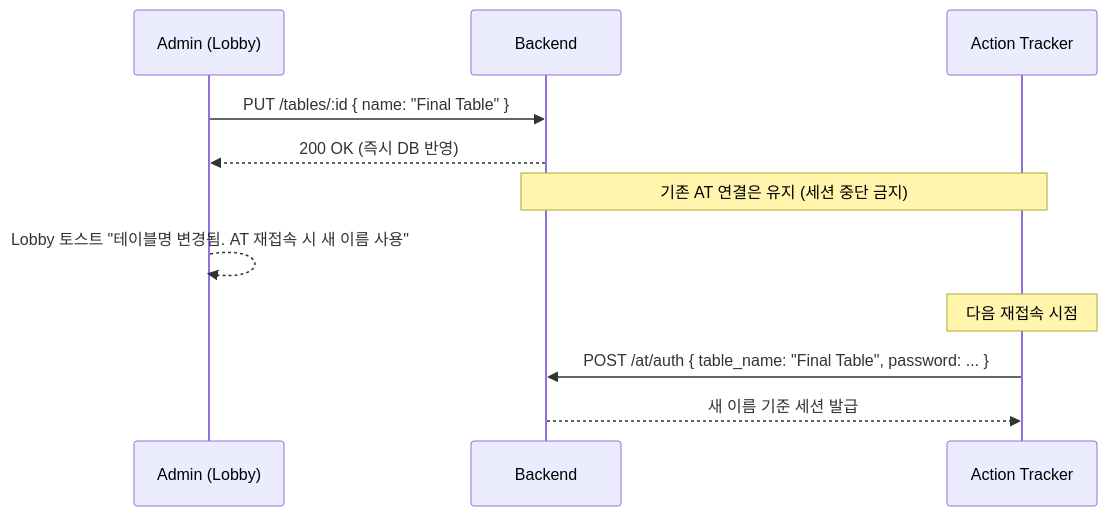
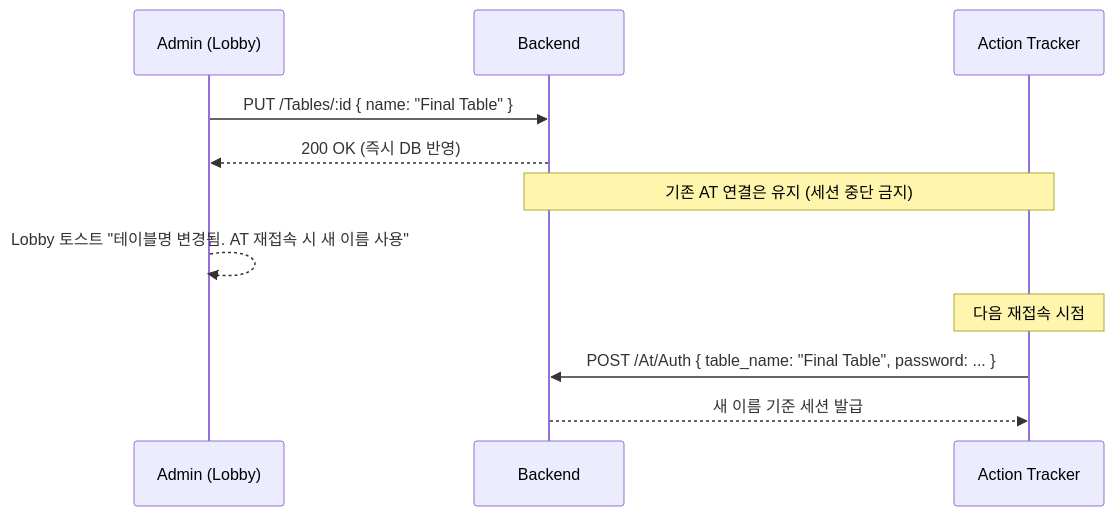
One commit to garimto81/ebs_github changed the diagram in docs/2. Development/2.1 Frontend/Lobby/Operations.md. Above: the diagram before and after it, drawn with Mermaid. The commit also changed other lines of this file and 59 other files, not shown here.

````diff
--- a/docs/2. Development/2.1 Frontend/Lobby/Operations.md
+++ b/docs/2. Development/2.1 Frontend/Lobby/Operations.md
@@ -41,14 +41,14 @@
 ```mermaid
 sequenceDiagram
     participant A as Admin (Lobby)
     participant BO as Backend
     participant AT as Action Tracker
 
-    A->>BO: PUT /tables/:id { name: "Final Table" }
+    A->>BO: PUT /Tables/:id { name: "Final Table" }
     BO-->>A: 200 OK (즉시 DB 반영)
     Note over BO,AT: 기존 AT 연결은 유지 (세션 중단 금지)
     A-->>A: Lobby 토스트 "테이블명 변경됨. AT 재접속 시 새 이름 사용"
     Note over AT: 다음 재접속 시점
-    AT->>BO: POST /at/auth { table_name: "Final Table", password: ... }
+    AT->>BO: POST /At/Auth { table_name: "Final Table", password: ... }
     BO-->>AT: 새 이름 기준 세션 발급
 ```
````
